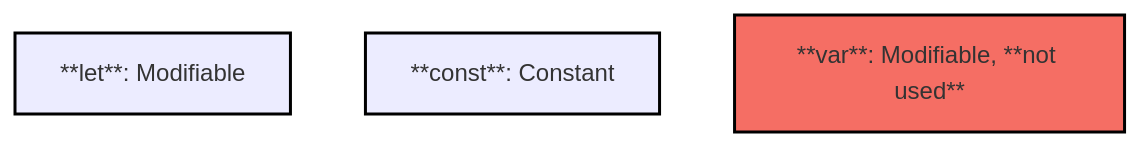
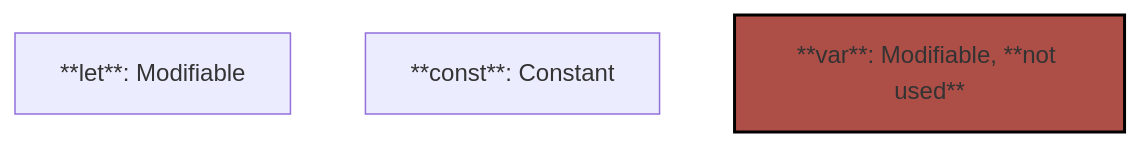
The first of 8 diagrams in notes/js.md (alex-monichev/hello-web), drawn with Mermaid before and after one commit. The commit also changed other lines of this file, not shown here.

````diff
--- a/notes/js.md
+++ b/notes/js.md
@@ -50,9 +50,7 @@
 ```mermaid
 graph TD
     A[**let**: Modifiable]
     B[**const**: Constant]
     C[**var**: Modifiable, **not used**]  
-style A fill:#11111,stroke:#000000,stroke-width:2px
-style B fill:#11111,stroke:#000000,stroke-width:2px
-style C fill:#f56e64,stroke:#000000,stroke-width:2px
+style C fill:#ad4e47,stroke:#000000,stroke-width:2px
 ```
````
